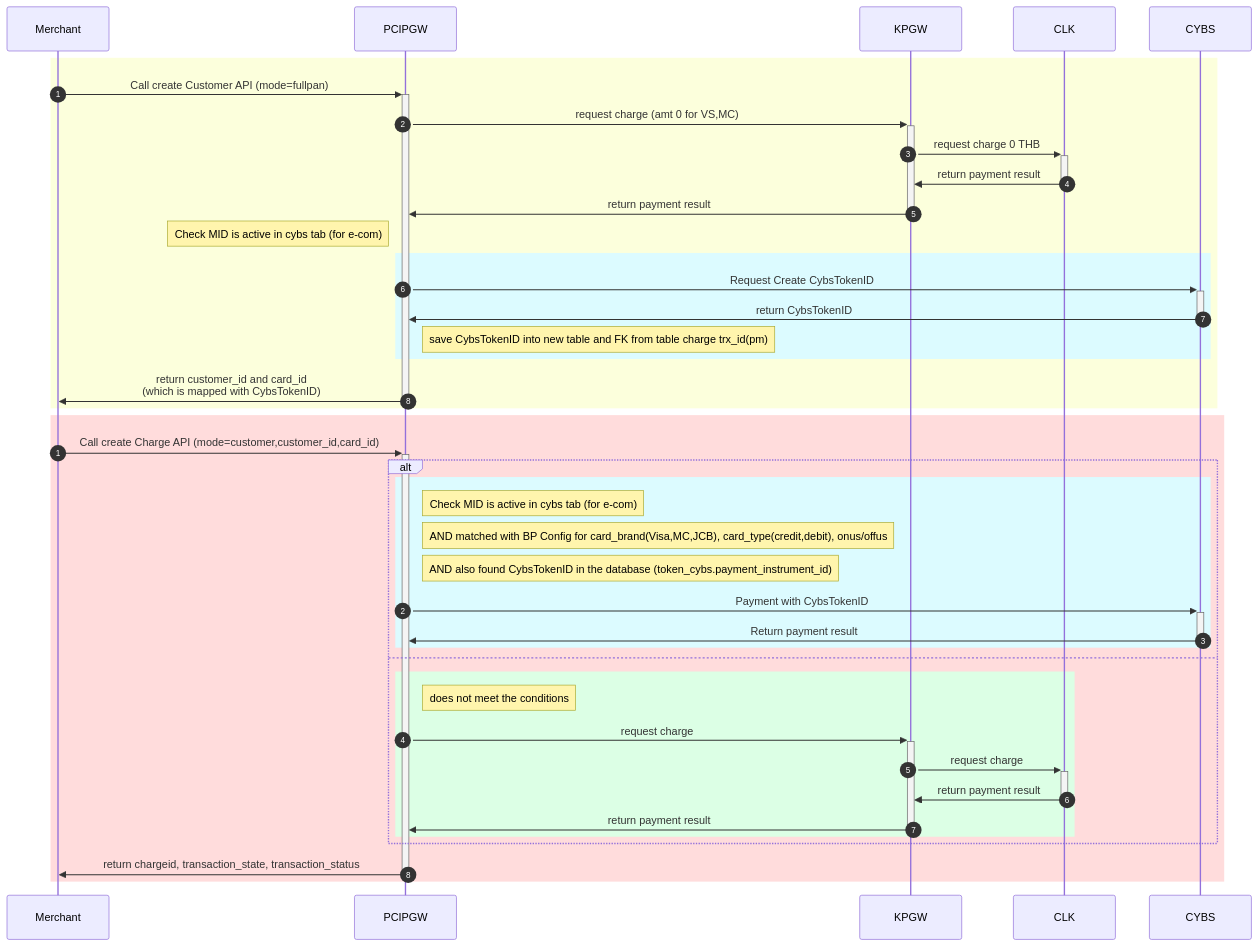
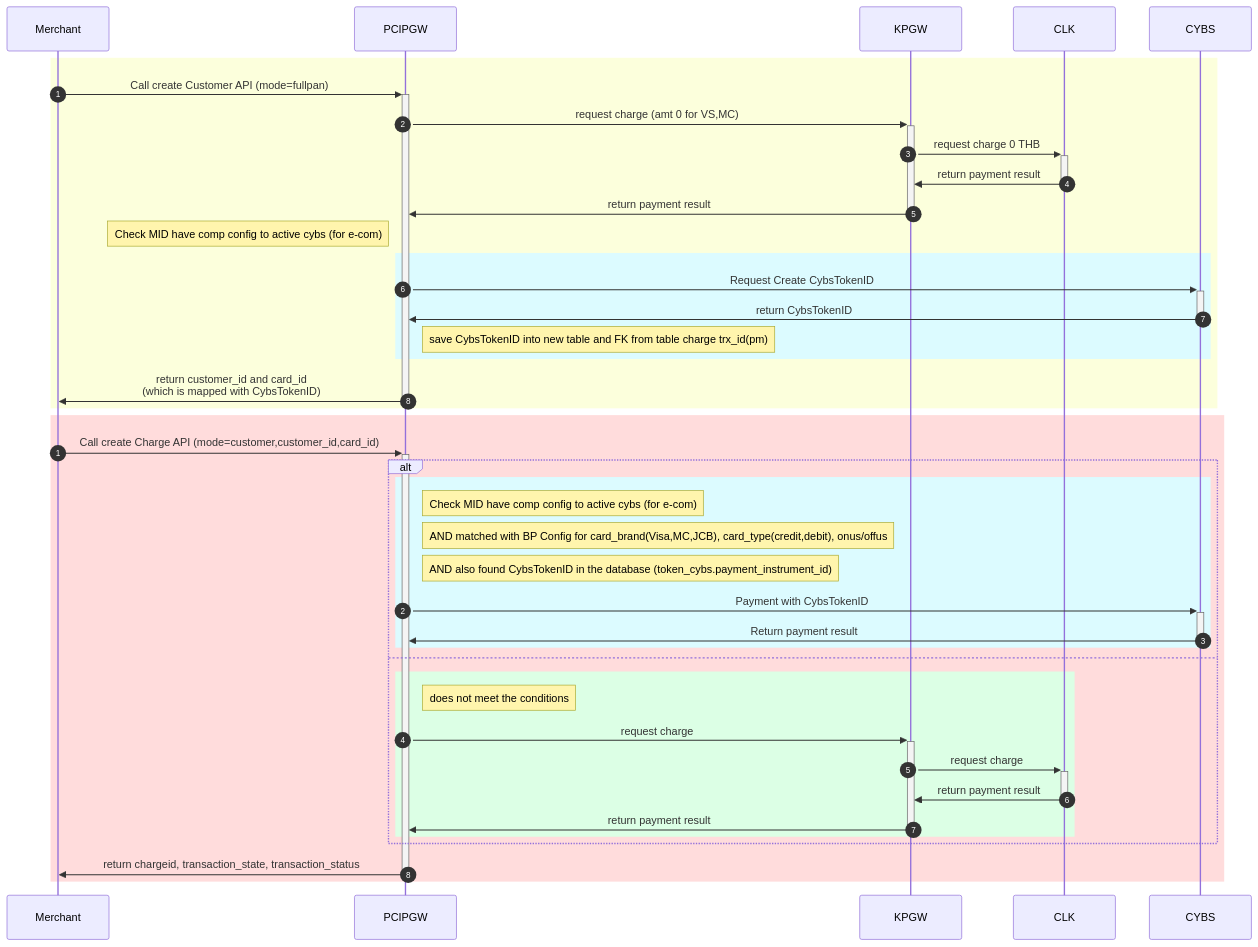
The sixth of 9 diagrams in Cybs-Ph2-Flow-new1.md (yuusuke25/MyNotes), drawn with Mermaid before and after one commit. The commit also changed other lines of this file, not shown here.

````diff
--- a/Cybs-Ph2-Flow-new1.md
+++ b/Cybs-Ph2-Flow-new1.md
@@ -202,40 +202,40 @@
 ```mermaid
     sequenceDiagram
         autonumber 1
         rect rgb(252, 255, 220)
             Merchant->>+PCIPGW:Call create Customer API (mode=fullpan)
             PCIPGW->>+KPGW:request charge (amt 0 for VS,MC)
             KPGW->>+CLK:request charge 0 THB
             CLK->>-KPGW:return payment result
             KPGW->>-PCIPGW:return payment result
-            Note left of PCIPGW: Check MID is active in cybs tab (for e-com)
+            Note left of PCIPGW: Check MID have comp config to active cybs (for e-com)
             rect rgb(220, 251, 255)
               PCIPGW->>+CYBS:Request Create CybsTokenID
               CYBS->>-PCIPGW:return CybsTokenID
               Note right of PCIPGW: save CybsTokenID into new table and FK from table charge trx_id(pm)
             end
             PCIPGW->>-Merchant:return customer_id and card_id<br>(which is mapped with CybsTokenID)
         end
         autonumber 1
         rect rgb(255, 220, 220)
             Merchant->>+PCIPGW:Call create Charge API (mode=customer,customer_id,card_id)
               alt
                 rect rgb(220, 251, 255)
-                  Note right of PCIPGW: Check MID is active in cybs tab (for e-com)
+                  Note right of PCIPGW: Check MID have comp config to active cybs (for e-com)
                   Note right of PCIPGW: AND matched with BP Config for card_brand(Visa,MC,JCB), card_type(credit,debit), onus/offus
                   Note right of PCIPGW: AND also found CybsTokenID in the database (token_cybs.payment_instrument_id)
                     PCIPGW->>+CYBS:Payment with CybsTokenID
                     CYBS->>-PCIPGW:Return payment result
                 end
               else
                 rect rgb(220, 255, 229)
                   Note right of PCIPGW: does not meet the conditions
                     PCIPGW->>+KPGW:request charge
                     KPGW->>+CLK:request charge
                     CLK->>-KPGW:return payment result
                     KPGW->>-PCIPGW:return payment result
                 end
               end
             PCIPGW->>-Merchant:return chargeid, transaction_state, transaction_status
         end
 ```
````
